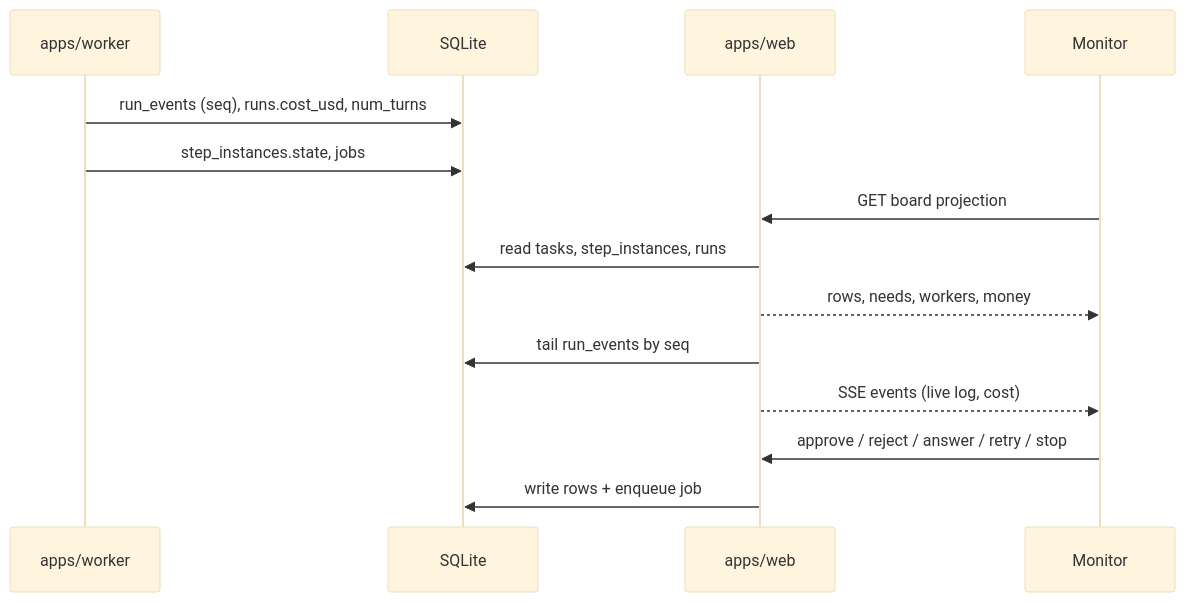
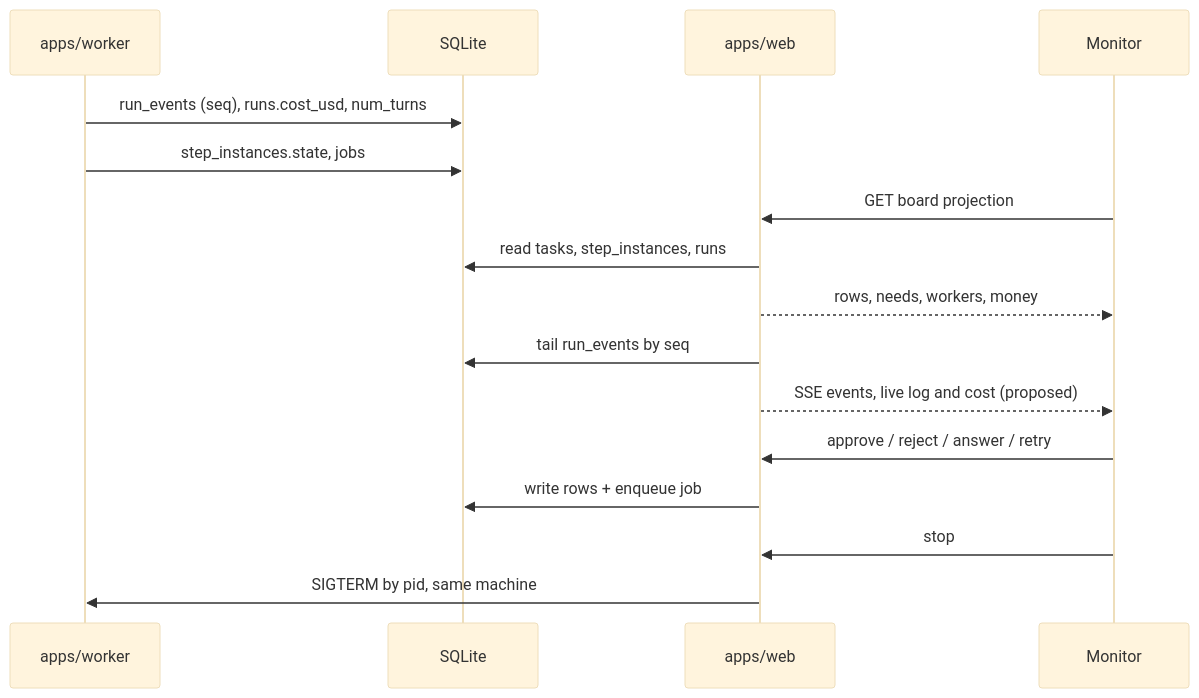
One commit to ClearCloudSoftware/flowboard changed the diagram in docs/FlowBoard/Monitor/Monitor Runtime.md. Above: the diagram before and after it, drawn with Mermaid (base theme). The commit also changed other lines of this file and 10 other files, not shown here.

````diff
--- a/docs/FlowBoard/Monitor/Monitor Runtime.md
+++ b/docs/FlowBoard/Monitor/Monitor Runtime.md
@@ -12,16 +14,18 @@
 ```mermaid
 sequenceDiagram
   participant W as apps/worker
   participant DB as SQLite
   participant Web as apps/web
   participant UI as Monitor
   W->>DB: run_events (seq), runs.cost_usd, num_turns
   W->>DB: step_instances.state, jobs
   UI->>Web: GET board projection
   Web->>DB: read tasks, step_instances, runs
   Web-->>UI: rows, needs, workers, money
   Web->>DB: tail run_events by seq
-  Web-->>UI: SSE events (live log, cost)
-  UI->>Web: approve / reject / answer / retry / stop
+  Web-->>UI: SSE events, live log and cost (proposed)
+  UI->>Web: approve / reject / answer / retry
   Web->>DB: write rows + enqueue job
+  UI->>Web: stop
+  Web->>W: SIGTERM by pid, same machine
 ```
````
